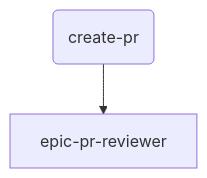
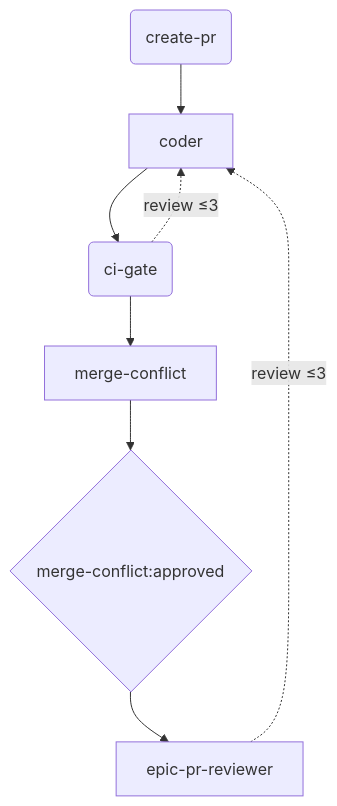
The diagram in docs/product/orchestrator/generated/phases/04_evaluate.mmd (M-A-Operating-System/ai-coding-standards2), drawn with Mermaid before and after one commit. The commit also changed 10 other files, not shown here.

First line of the commit message:
Add coder cleanup pass to epic-completion flow

```diff
--- a/docs/product/orchestrator/generated/phases/04_evaluate.mmd
+++ b/docs/product/orchestrator/generated/phases/04_evaluate.mmd
@@ -1,4 +1,14 @@
 flowchart TD
     n_04_evaluate__create_pr("create-pr")
+    n_04_evaluate__coder["coder"]
+    n_04_evaluate__ci_gate("ci-gate")
+    n_04_evaluate__merge_conflict["merge-conflict"]
     n_04_evaluate__epic_pr_reviewer["epic-pr-reviewer"]
-    n_04_evaluate__create_pr --> n_04_evaluate__epic_pr_reviewer
+    gate__n_04_evaluate__merge_conflict{"merge-conflict:approved"}
+    n_04_evaluate__merge_conflict --> gate__n_04_evaluate__merge_conflict
+    n_04_evaluate__create_pr --> n_04_evaluate__coder
+    n_04_evaluate__coder --> n_04_evaluate__ci_gate
+    n_04_evaluate__ci_gate --> n_04_evaluate__merge_conflict
+    gate__n_04_evaluate__merge_conflict --> n_04_evaluate__epic_pr_reviewer
+    n_04_evaluate__ci_gate -. review ≤3 .-> n_04_evaluate__coder
+    n_04_evaluate__epic_pr_reviewer -. review ≤3 .-> n_04_evaluate__coder
```
